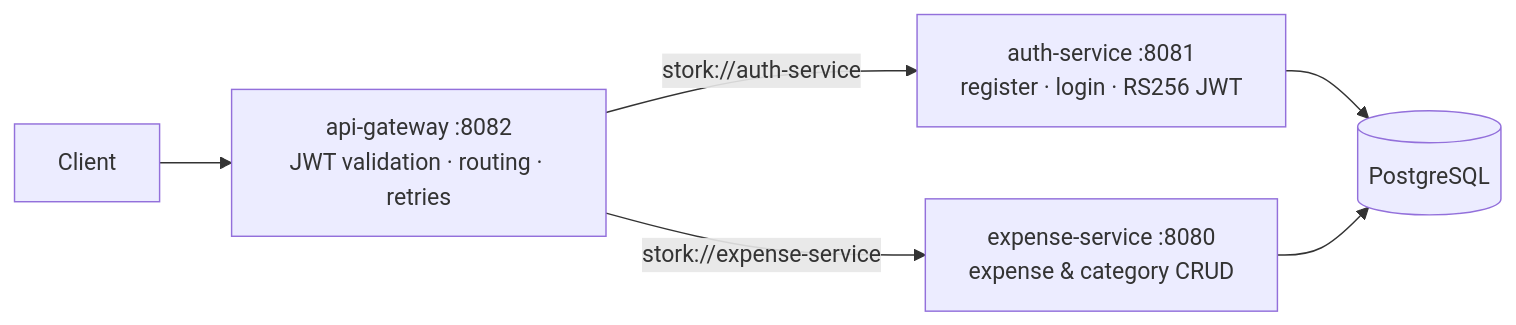
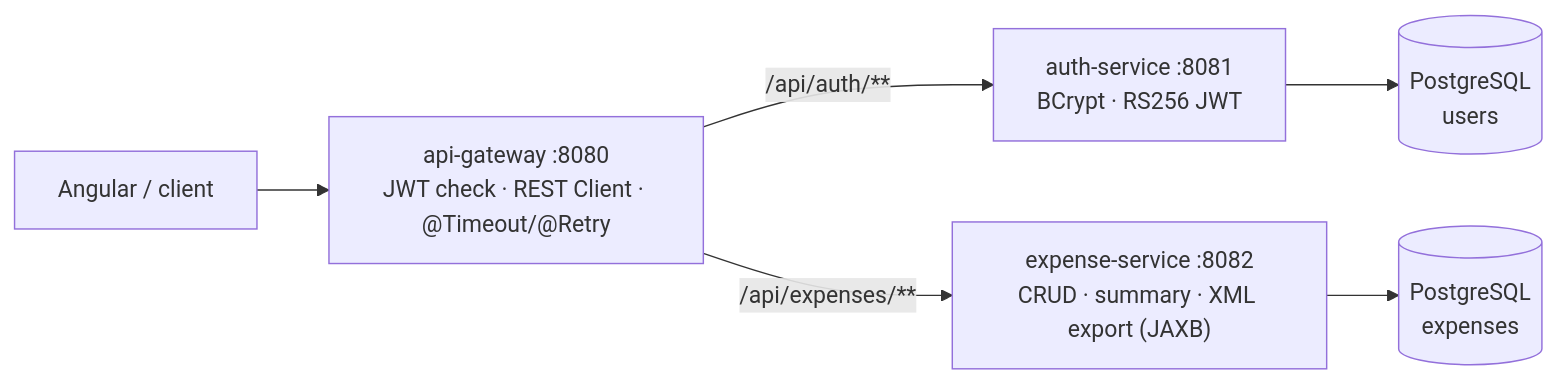
Before and after one commit to aravind19062/expense-tracker: the diagram in README.md, drawn with Mermaid. The commit also changed other lines of this file and 61 other files, not shown here.

````diff
--- a/README.md
+++ b/README.md
@@ -11,8 +12,8 @@
 ```mermaid
 flowchart LR
-    C[Client] --> GW["api-gateway :8082<br/>JWT validation · routing · retries"]
-    GW -->|"stork://auth-service"| AU["auth-service :8081<br/>register · login · RS256 JWT"]
-    GW -->|"stork://expense-service"| EX["expense-service :8080<br/>expense & category CRUD"]
-    AU --> DB[(PostgreSQL)]
-    EX --> DB
+    C["Angular / client"] --> GW["api-gateway :8080<br/>JWT check · REST Client · @Timeout/@Retry"]
+    GW -->|"/api/auth/**"| AU["auth-service :8081<br/>BCrypt · RS256 JWT"]
+    GW -->|"/api/expenses/**"| EX["expense-service :8082<br/>CRUD · summary · XML export (JAXB)"]
+    AU --> DB1[("PostgreSQL<br/>users")]
+    EX --> DB2[("PostgreSQL<br/>expenses")]
 ```
````
